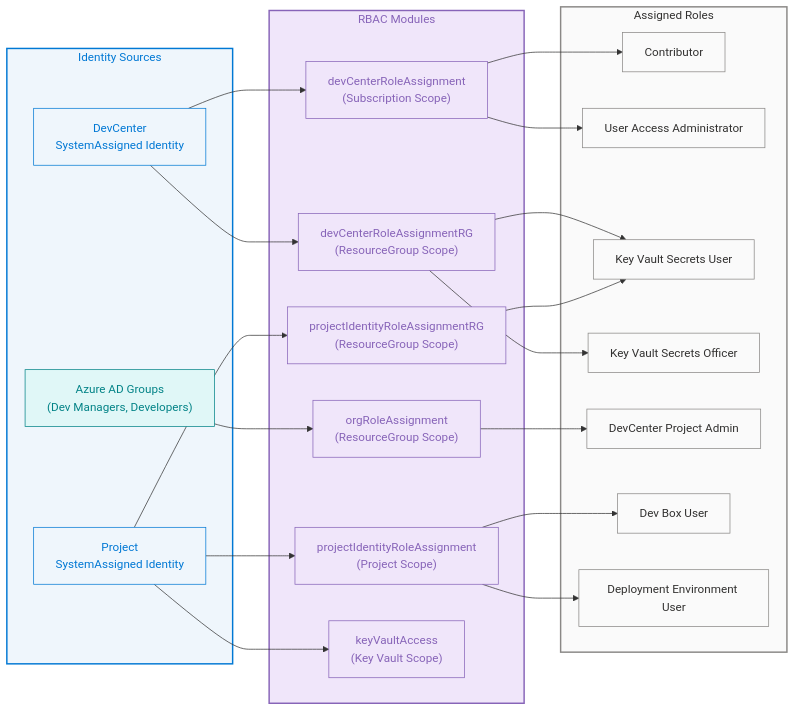
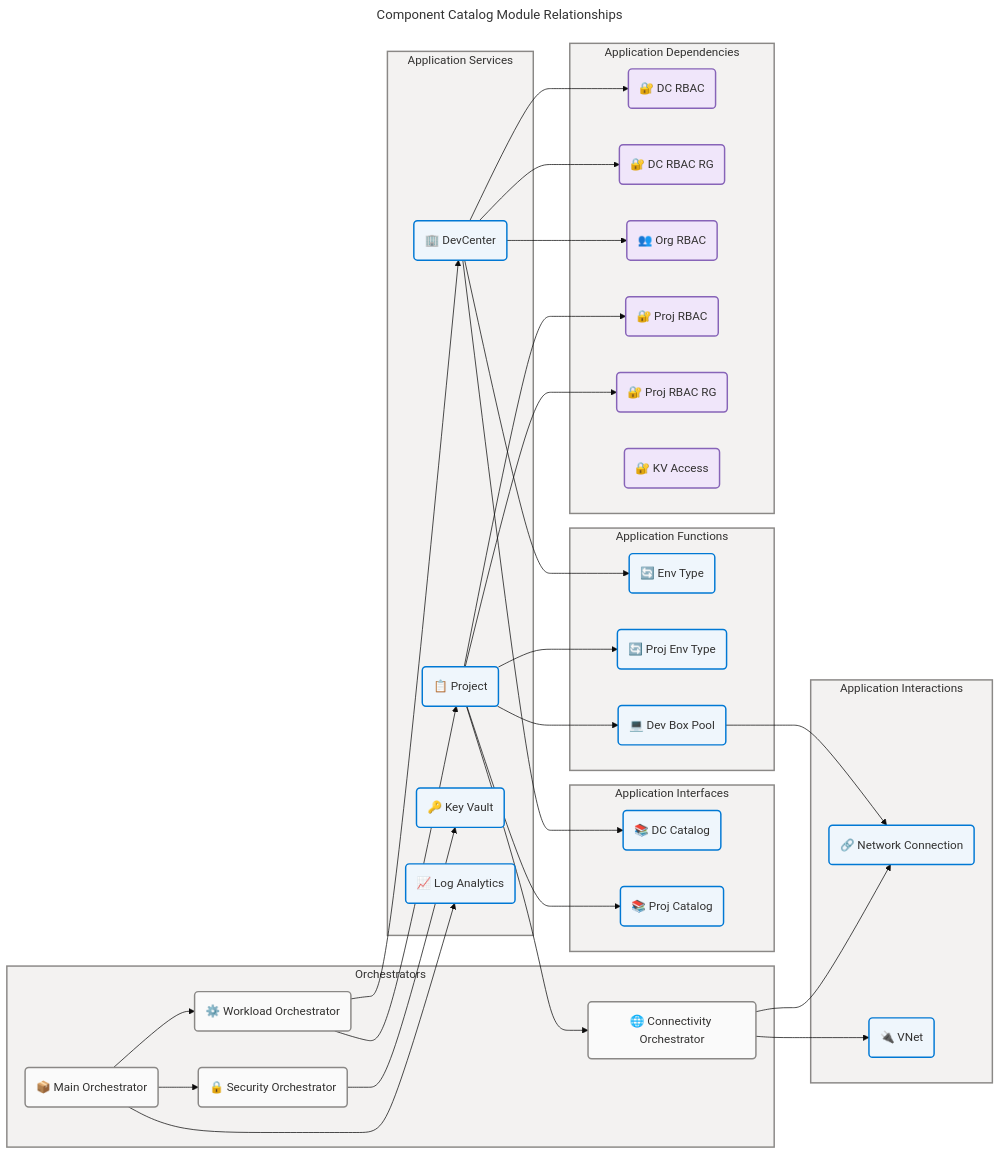
Before and after one commit to Evilazaro/DevExp-DevBox: the third of 4 diagrams in docs/architecture/application-architecture.md, drawn with Mermaid. The commit also changed other lines of this file, not shown here.

Commit message:
Implement feature X to enhance user experience and optimize performance

````diff
--- a/docs/architecture/application-architecture.md
+++ b/docs/architecture/application-architecture.md
@@ -381,60 +1418,102 @@
 ```mermaid
 ---
+title: Component Catalog Module Relationships
 config:
-  theme: default
-  flowchart:
-    htmlLabels: true
+  theme: base
+  look: classic
+  layout: dagre
+  themeVariables:
+    fontSize: '16px'
 ---
 flowchart LR
-    accTitle: Identity and RBAC Assignment Flow
-    accDescr: Illustrates how RBAC role assignments flow from DevCenter and Project identities across subscription, resource group, and project scopes.
+    accTitle: Component Catalog Module Relationship Diagram
+    accDescr: Shows the dependency relationships between all 23 application components including orchestrators, services, interfaces, functions, and identity modules
 
-    classDef neutral fill:#FAFAFA,stroke:#8A8886,color:#323130
-    classDef core fill:#EFF6FC,stroke:#0078D4,color:#0078D4
-    classDef data fill:#F0E6FA,stroke:#8764B8,color:#8764B8
-    classDef external fill:#E0F7F7,stroke:#038387,color:#038387
+    %% ═══════════════════════════════════════════════════════════════════════════
+    %% AZURE / FLUENT ARCHITECTURE PATTERN v1.1
+    %% (Semantic + Structural + Font + Accessibility Governance)
+    %% ═══════════════════════════════════════════════════════════════════════════
+    %% PHASE 1 - FLUENT UI: All styling uses approved Fluent UI palette only
+    %% PHASE 2 - GROUPS: Every subgraph has semantic color via style directive
+    %% PHASE 3 - COMPONENTS: Every node has semantic classDef + icon prefix
+    %% PHASE 4 - ACCESSIBILITY: accTitle/accDescr present, WCAG AA contrast
+    %% PHASE 5 - STANDARD: Governance block present, classDefs centralized
+    %% ═══════════════════════════════════════════════════════════════════════════
 
-    subgraph IDENTITIES["Identity Sources"]
-        style IDENTITIES fill:#EFF6FC,stroke:#0078D4,stroke-width:2px,color:#0078D4
-        DCI["DevCenter<br/>SystemAssigned Identity"]:::core
-        PI["Project<br/>SystemAssigned Identity"]:::core
-        ADG["Azure AD Groups<br/>(Dev Managers, Developers)"]:::external
+    subgraph orchestrators["Orchestrators"]
+        mainOrch("📦 Main Orchestrator")
+        workloadOrch("⚙️ Workload Orchestrator")
+        securityOrch("🔒 Security Orchestrator")
+        connectivityOrch("🌐 Connectivity Orchestrator")
     end
 
-    subgraph MODULES["RBAC Modules"]
-        style MODULES fill:#F0E6FA,stroke:#8764B8,stroke-width:2px,color:#8764B8
-        DCRA["devCenterRoleAssignment<br/>(Subscription Scope)"]:::data
-        DCRARG["devCenterRoleAssignmentRG<br/>(ResourceGroup Scope)"]:::data
-        ORA["orgRoleAssignment<br/>(ResourceGroup Scope)"]:::data
-        PIRA["projectIdentityRoleAssignment<br/>(Project Scope)"]:::data
-        PIRARG["projectIdentityRoleAssignmentRG<br/>(ResourceGroup Scope)"]:::data
-        KVA["keyVaultAccess<br/>(Key Vault Scope)"]:::data
+    subgraph services["Application Services"]
+        dc("🏢 DevCenter")
+        proj("📋 Project")
+        kv("🔑 Key Vault")
+        la("📈 Log Analytics")
     end
 
-    subgraph ROLES["Assigned Roles"]
-        style ROLES fill:#FAFAFA,stroke:#8A8886,stroke-width:2px,color:#323130
-        R1["Contributor"]:::neutral
-        R2["User Access Administrator"]:::neutral
-        R3["Key Vault Secrets User"]:::neutral
-        R4["Key Vault Secrets Officer"]:::neutral
-        R5["DevCenter Project Admin"]:::neutral
-        R6["Dev Box User"]:::neutral
-        R7["Deployment Environment User"]:::neutral
+    subgraph interfaces["Application Interfaces"]
+        dcCat("📚 DC Catalog")
+        projCat("📚 Proj Catalog")
     end
 
-    DCI --> DCRA
-    DCI --> DCRARG
-    PI --> PIRA
-    PI --> PIRARG
-    PI --> KVA
-    ADG --> ORA
+    subgraph functions["Application Functions"]
+        envType("🔄 Env Type")
+        projEnvType("🔄 Proj Env Type")
+        pool("💻 Dev Box Pool")
+    end
 
-    DCRA --> R1
-    DCRA --> R2
-    DCRARG --> R3
-    DCRARG --> R4
-    ORA --> R5
-    PIRA --> R6
-    PIRA --> R7
-    PIRARG --> R3
+    subgraph interactions["Application Interactions"]
+        netConn("🔗 Network Connection")
+        vnet("🔌 VNet")
+    end
+
+    subgraph identity["Application Dependencies"]
+        dcRbac("🔐 DC RBAC")
+        dcRbacRG("🔐 DC RBAC RG")
+        orgRbac("👥 Org RBAC")
+        projRbac("🔐 Proj RBAC")
+        projRbacRG("🔐 Proj RBAC RG")
+        kvAccess("🔐 KV Access")
+    end
+
+    mainOrch --> la
+    mainOrch --> securityOrch
+    mainOrch --> workloadOrch
+    workloadOrch --> dc
+    workloadOrch --> proj
+    securityOrch --> kv
+    dc --> dcCat
+    dc --> envType
+    dc --> dcRbac
+    dc --> dcRbacRG
+    dc --> orgRbac
+    proj --> projCat
+    proj --> projEnvType
+    proj --> pool
+    proj --> connectivityOrch
+    proj --> projRbac
+    proj --> projRbacRG
+    connectivityOrch --> vnet
+    connectivityOrch --> netConn
+    pool --> netConn
+
+    %% Centralized semantic classDefs
+    classDef neutral fill:#FAFAFA,stroke:#8A8886,stroke-width:2px,color:#323130
+    classDef core fill:#EFF6FC,stroke:#0078D4,stroke-width:2px,color:#323130
+    classDef data fill:#F0E6FA,stroke:#8764B8,stroke-width:2px,color:#323130
+
+    class mainOrch,workloadOrch,securityOrch,connectivityOrch neutral
+    class dc,proj,kv,la core
+    class dcCat,projCat,envType,projEnvType,pool,netConn,vnet core
+    class dcRbac,dcRbacRG,orgRbac,projRbac,projRbacRG,kvAccess data
+
+    style orchestrators fill:#F3F2F1,stroke:#8A8886,stroke-width:2px,color:#323130
+    style services fill:#F3F2F1,stroke:#8A8886,stroke-width:2px,color:#323130
+    style interfaces fill:#F3F2F1,stroke:#8A8886,stroke-width:2px,color:#323130
+    style functions fill:#F3F2F1,stroke:#8A8886,stroke-width:2px,color:#323130
+    style interactions fill:#F3F2F1,stroke:#8A8886,stroke-width:2px,color:#323130
+    style identity fill:#F3F2F1,stroke:#8A8886,stroke-width:2px,color:#323130
 ```
````
